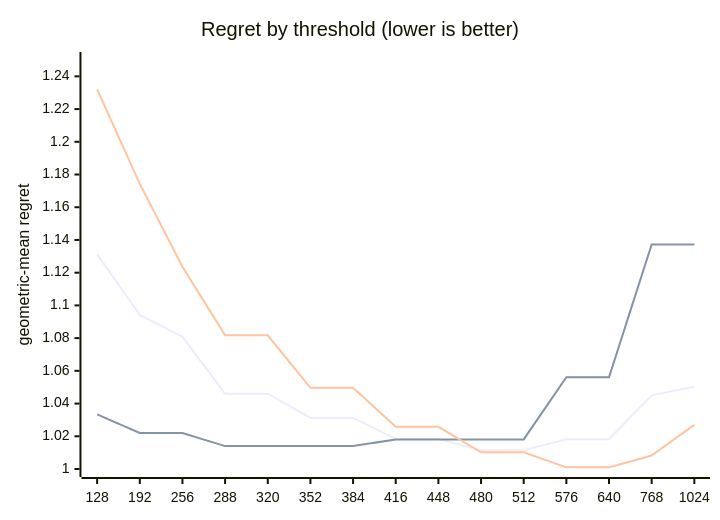
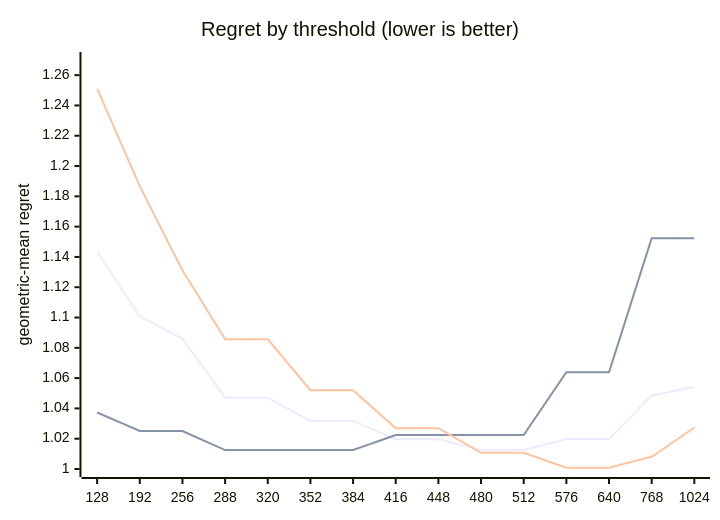
Before and after one commit to c0rmac/metal-linalg: the diagram in docs/results/apple-m5-pro-20gpu/combined/qr/report.md, drawn with Mermaid. The commit also changed other lines of this file and 9 other files, not shown here.

````diff
--- a/docs/results/apple-m5-pro-20gpu/combined/qr/report.md
+++ b/docs/results/apple-m5-pro-20gpu/combined/qr/report.md
@@ -56,9 +58,9 @@
 ```mermaid
 xychart-beta
     title "Regret by threshold (lower is better)"
     x-axis [128, 192, 256, 288, 320, 352, 384, 416, 448, 480, 512, 576, 640, 768, 1024]
-    y-axis "geometric-mean regret" 1.0 --> 1.25
-    line [1.1312, 1.0942, 1.0808, 1.0460, 1.0460, 1.0312, 1.0312, 1.0184, 1.0184, 1.0115, 1.0115, 1.0182, 1.0182, 1.0450, 1.0504]
-    line [1.0334, 1.0220, 1.0220, 1.0140, 1.0140, 1.0140, 1.0140, 1.0181, 1.0181, 1.0181, 1.0181, 1.0561, 1.0561, 1.1372, 1.1372]
-    line [1.2320, 1.1743, 1.1236, 1.0817, 1.0817, 1.0496, 1.0496, 1.0258, 1.0258, 1.0102, 1.0102, 1.0010, 1.0010, 1.0082, 1.0270]
+    y-axis "geometric-mean regret" 1.0 --> 1.27
+    line [1.1433, 1.1007, 1.0860, 1.0471, 1.0471, 1.0317, 1.0317, 1.0197, 1.0197, 1.0125, 1.0125, 1.0198, 1.0198, 1.0485, 1.0541]
+    line [1.0373, 1.0251, 1.0251, 1.0125, 1.0125, 1.0125, 1.0125, 1.0224, 1.0224, 1.0224, 1.0224, 1.0639, 1.0639, 1.1523, 1.1523]
+    line [1.2511, 1.1866, 1.1310, 1.0856, 1.0856, 1.0520, 1.0520, 1.0269, 1.0269, 1.0107, 1.0107, 1.0009, 1.0009, 1.0081, 1.0274]
 ```
````
